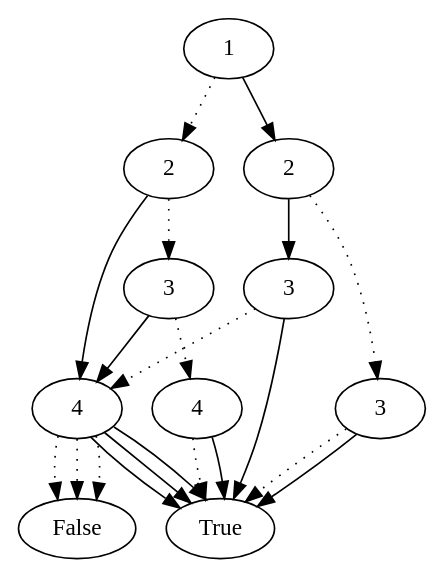
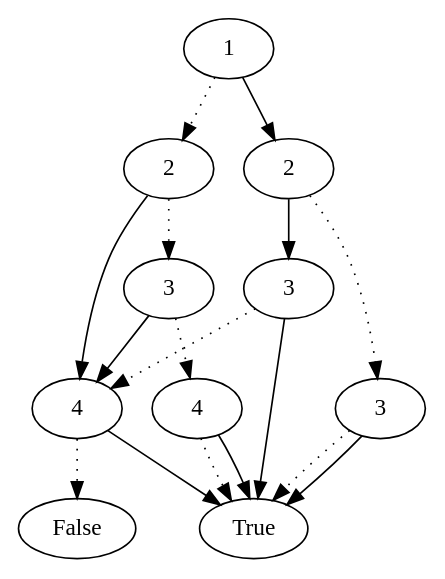
One commit to Tinshea/Zero-Suppressed-Binary-Decision-Diagram changed the diagram in monfichier.dot. Above: the diagram before and after it, drawn with Graphviz. The commit also changed 7 other files, not shown here.

```diff
--- a/monfichier.dot
+++ b/monfichier.dot
@@ -1,43 +1,35 @@
 digraph  {
-  70348328626024 [label = 1];
-  70348328626024 -> 70348328635208 [style=dotted] 
-  70348328626024 -> 70348328628968  
-  70348328635208 [label = 2];
-  70348328635208 -> 70348328637740 [style=dotted] 
-  70348328635208 -> 70348328638472  
-  70348328637740 [label = 3];
-  70348328637740 -> 70348328639308 [style=dotted] 
-  70348328637740 -> 70348328638472  
-  70348328639308 [label = 4];
-  70348328639308 -> 70348328639712 [style=dotted] 
-  70348328639308 -> 70348328639712  
- 70348328639712 [label = True] 
- 70348328639712 [label = True] 
-  70348328638472 [label = 4];
-  70348328638472 -> 70348328639064 [style=dotted] 
-  70348328638472 -> 70348328639712  
-  70348328639064 [label = False] 
- 70348328639712 [label = True] 
-  70348328638472 [label = 4];
-  70348328638472 -> 70348328639064 [style=dotted] 
-  70348328638472 -> 70348328639712  
-  70348328639064 [label = False] 
- 70348328639712 [label = True] 
-  70348328628968 [label = 2];
-  70348328628968 -> 70348328633248 [style=dotted] 
-  70348328628968 -> 70348328630856  
-  70348328633248 [label = 3];
-  70348328633248 -> 70348328639712 [style=dotted] 
-  70348328633248 -> 70348328639712  
- 70348328639712 [label = True] 
- 70348328639712 [label = True] 
-  70348328630856 [label = 3];
-  70348328630856 -> 70348328638472 [style=dotted] 
-  70348328630856 -> 70348328639712  
-  70348328638472 [label = 4];
-  70348328638472 -> 70348328639064 [style=dotted] 
-  70348328638472 -> 70348328639712  
-  70348328639064 [label = False] 
- 70348328639712 [label = True] 
- 70348328639712 [label = True] 
+  69818963525584 [label = 1];
+  69818963525584 -> 69818963535064 [style=dotted] 
+  69818963535064 [label = 2];
+  69818963535064 -> 69818963537712 [style=dotted] 
+  69818963537712 [label = 3];
+  69818963537712 -> 69818963539352 [style=dotted] 
+  69818963539352 [label = 4];
+  69818963539352 -> 69818963539780 [style=dotted] 
+ 69818963539780 [label = True] 
+  69818963539352 -> 69818963539780  
+ 69818963539780 [label = True] 
+  69818963537712 -> 69818963538472  
+  69818963538472 [label = 4];
+  69818963538472 -> 69818963539096 [style=dotted] 
+  69818963539096 [label = False] 
+  69818963538472 -> 69818963539780  
+ 69818963539780 [label = True] 
+  69818963535064 -> 69818963538472  
+  69818963538472 [label = 4];
+  69818963525584 -> 69818963528576  
+  69818963528576 [label = 2];
+  69818963528576 -> 69818963533012 [style=dotted] 
+  69818963533012 [label = 3];
+  69818963533012 -> 69818963539780 [style=dotted] 
+ 69818963539780 [label = True] 
+  69818963533012 -> 69818963539780  
+ 69818963539780 [label = True] 
+  69818963528576 -> 69818963530508  
+  69818963530508 [label = 3];
+  69818963530508 -> 69818963538472 [style=dotted] 
+  69818963538472 [label = 4];
+  69818963530508 -> 69818963539780  
+ 69818963539780 [label = True] 
 }
```
